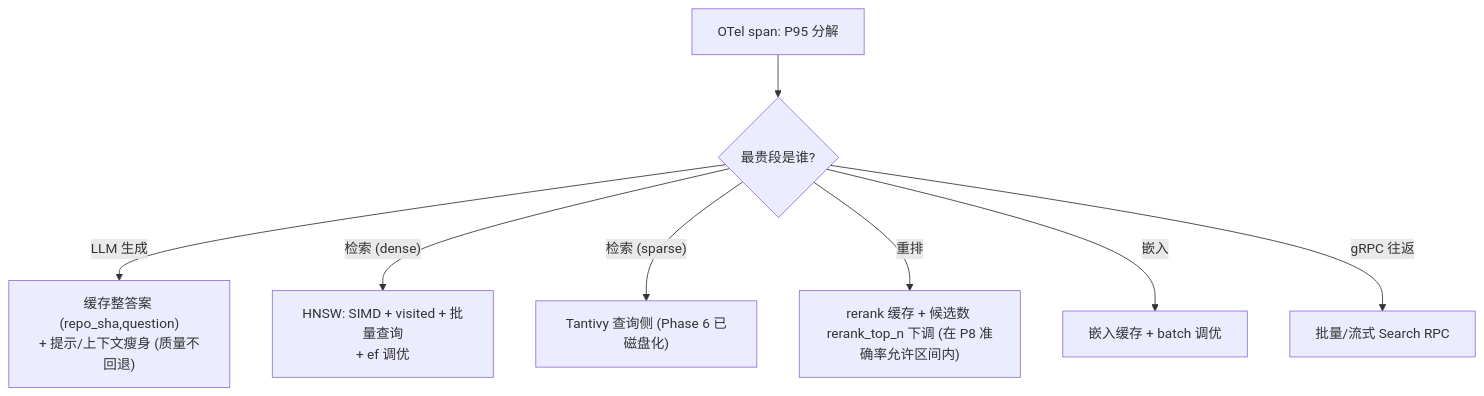
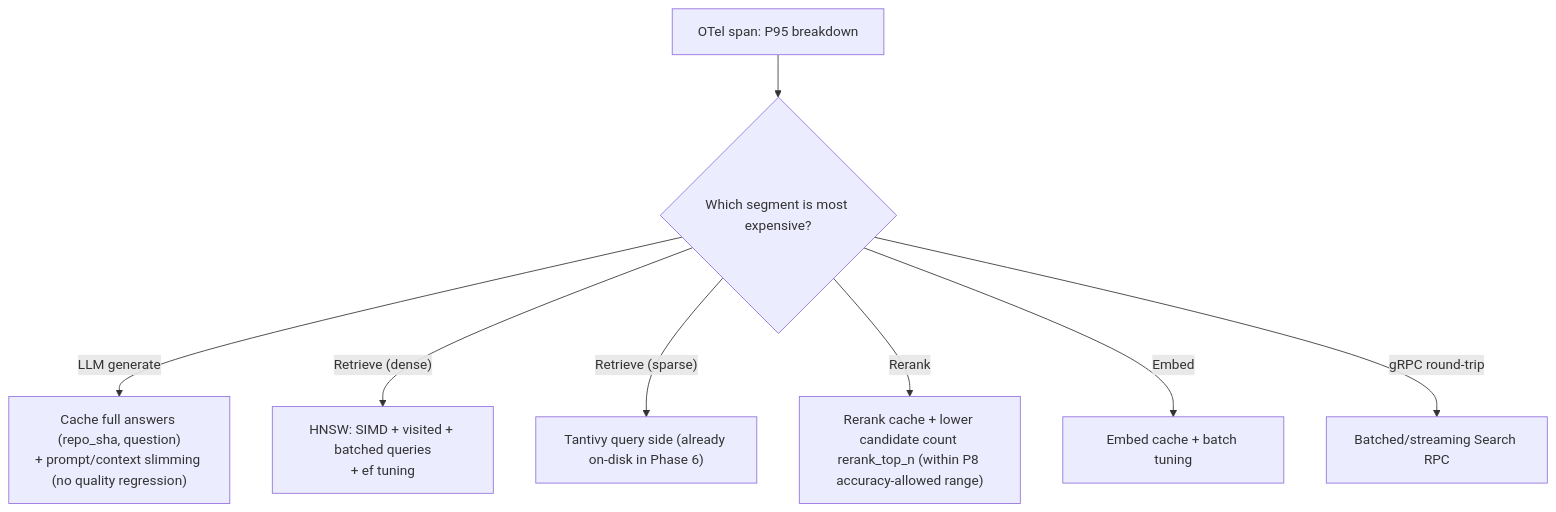
Before and after one commit to AndyUneducated/repo-sage: the third of 4 diagrams in docs/plans/phase-9-latency.md, drawn with Mermaid. The commit also changed other lines of this file and 14 other files, not shown here.

````diff
--- a/docs/plans/phase-9-latency.md
+++ b/docs/plans/phase-9-latency.md
@@ -102,10 +102,10 @@
 ```mermaid
 flowchart TD
-  P["OTel span: P95 分解"] --> D{"最贵段是谁?"}
-  D -- LLM 生成 --> L1["缓存整答案 (repo_sha,question)<br/>+ 提示/上下文瘦身 (质量不回退)"]
-  D -- 检索 (dense) --> L2["HNSW: SIMD + visited + 批量查询<br/>+ ef 调优"]
-  D -- 检索 (sparse) --> L3["Tantivy 查询侧 (Phase 6 已磁盘化)"]
-  D -- 重排 --> L4["rerank 缓存 + 候选数 rerank_top_n 下调 (在 P8 准确率允许区间内)"]
-  D -- 嵌入 --> L5["嵌入缓存 + batch 调优"]
-  D -- gRPC 往返 --> L6["批量/流式 Search RPC"]
+  P["OTel span: P95 breakdown"] --> D{"Which segment is most expensive?"}
+  D -- LLM generate --> L1["Cache full answers (repo_sha, question)<br/>+ prompt/context slimming (no quality regression)"]
+  D -- Retrieve (dense) --> L2["HNSW: SIMD + visited + batched queries<br/>+ ef tuning"]
+  D -- Retrieve (sparse) --> L3["Tantivy query side (already on-disk in Phase 6)"]
+  D -- Rerank --> L4["Rerank cache + lower candidate count rerank_top_n (within P8 accuracy-allowed range)"]
+  D -- Embed --> L5["Embed cache + batch tuning"]
+  D -- gRPC round-trip --> L6["Batched/streaming Search RPC"]
 ```
````
